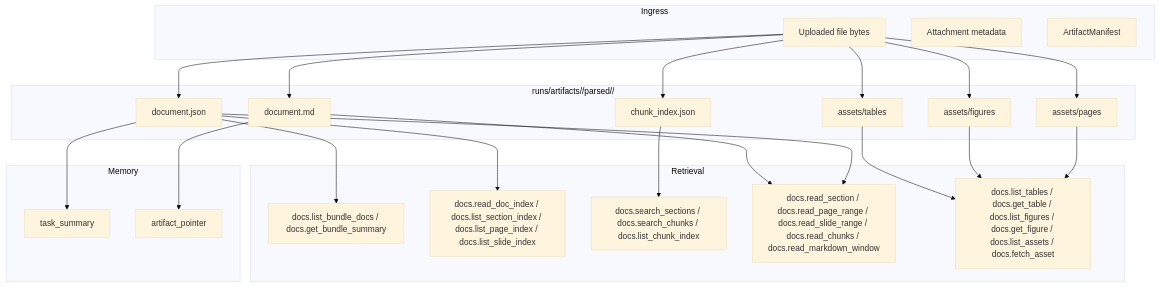
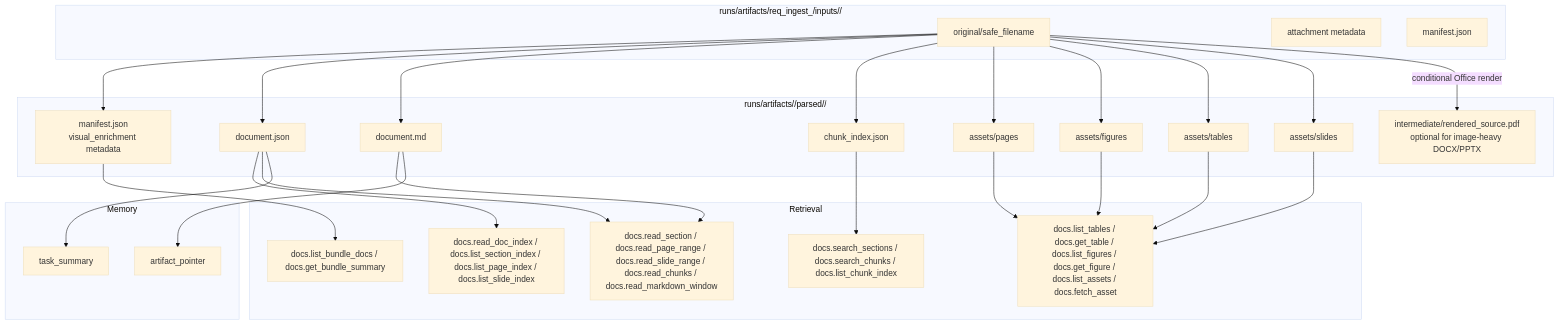
Before and after one commit to uspraveen/Cosmic-OS: the third of 3 diagrams in Backend/COSMIC_MULTIMODAL_DOCUMENT_PIPELINE_PLAN.md, drawn with Mermaid (base theme). The commit also changed other lines of this file and 4 other files, not shown here.

````diff
--- a/Backend/COSMIC_MULTIMODAL_DOCUMENT_PIPELINE_PLAN.md
+++ b/Backend/COSMIC_MULTIMODAL_DOCUMENT_PIPELINE_PLAN.md
@@ -614,49 +622,56 @@
 ```mermaid
 flowchart TD
-    subgraph Ingress
-        A1[Uploaded file bytes]
-        A2[Attachment metadata]
-        A3[ArtifactManifest]
+    subgraph Ingress["runs/artifacts/req_ingest_<request_id>/inputs/<artifact_id>/"]
+        A1[original/safe_filename]
+        A2[attachment metadata]
+        A3[manifest.json]
     end
 
     subgraph ParseTask["runs/artifacts/<docs_parse_task_id>/parsed/<artifact_id>/"]
+        B0[manifest.json<br/>visual_enrichment metadata]
         B1[document.json]
         B2[document.md]
         B3[chunk_index.json]
-        B4[assets/pages]
-        B5[assets/figures]
-        B6[assets/tables]
+        B4[intermediate/rendered_source.pdf<br/>optional for image-heavy DOCX/PPTX]
+        B5[assets/pages]
+        B6[assets/figures]
+        B7[assets/tables]
+        B8[assets/slides]
     end
 
     subgraph Memory
         C1[task_summary]
         C2[artifact_pointer]
     end
 
     subgraph Retrieval
         D0[docs.list_bundle_docs / docs.get_bundle_summary]
         D1[docs.read_doc_index / docs.list_section_index / docs.list_page_index / docs.list_slide_index]
         D2[docs.search_sections / docs.search_chunks / docs.list_chunk_index]
         D3[docs.read_section / docs.read_page_range / docs.read_slide_range / docs.read_chunks / docs.read_markdown_window]
         D4[docs.list_tables / docs.get_table / docs.list_figures / docs.get_figure / docs.list_assets / docs.fetch_asset]
     end
 
+    A1 --> B0
     A1 --> B1
     A1 --> B2
     A1 --> B3
-    A1 --> B4
     A1 --> B5
     A1 --> B6
+    A1 --> B7
+    A1 --> B8
+    A1 -->|conditional Office render| B4
 
-    B1 --> D0
+    B0 --> D0
     B1 --> D1
     B3 --> D2
     B1 --> D3
     B2 --> D3
-    B4 --> D4
     B5 --> D4
     B6 --> D4
+    B7 --> D4
+    B8 --> D4
 
     B1 --> C1
     B2 --> C2
 ```
````
